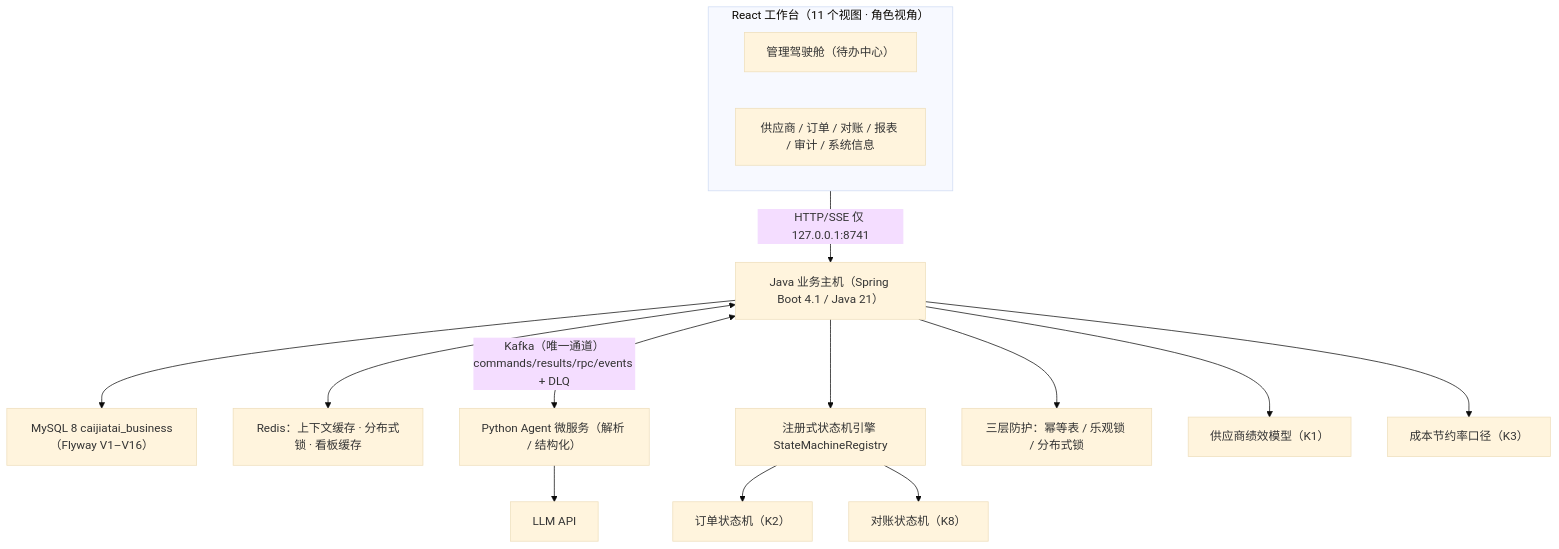
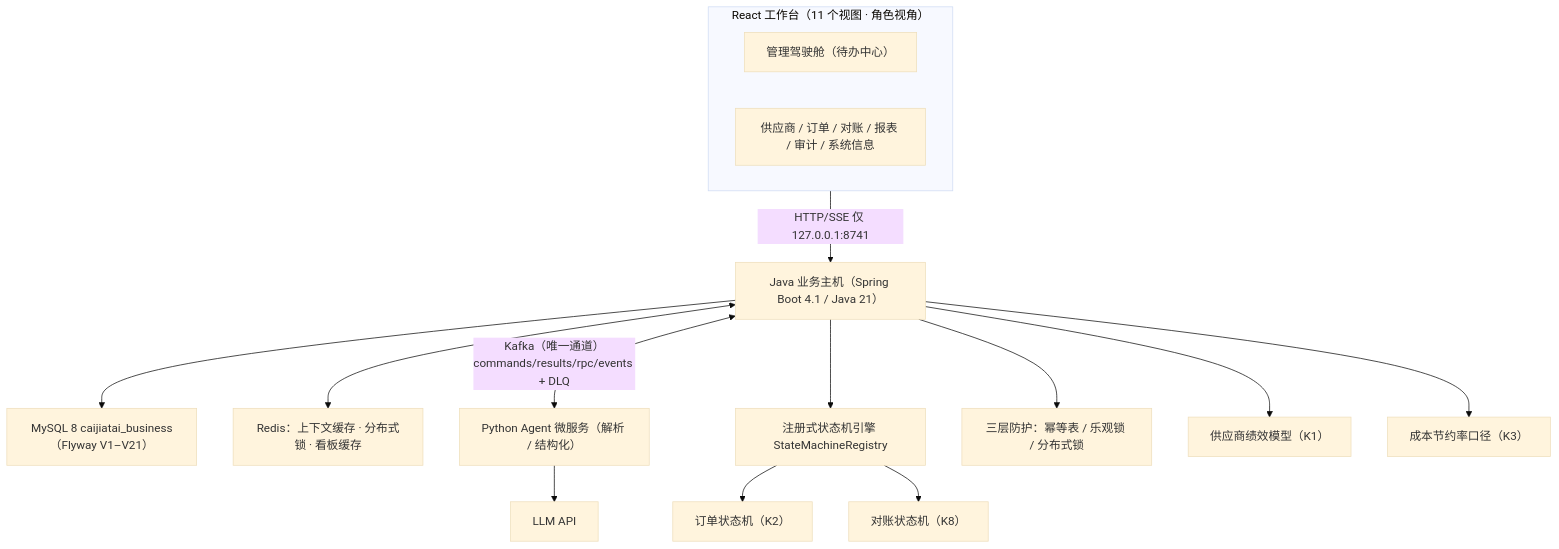
The first of 2 diagrams in README.md (zxl666ab-sketch/agentharness), drawn with Mermaid (base theme) before and after one commit. The commit also changed other lines of this file and 1 other file, not shown here.

Commit message:
docs(readme): 封面换管理员协同看板实拍；Flyway 版本口径同步至 V21；key 预览措辞对齐 0.5.0

````diff
--- a/README.md
+++ b/README.md
@@ -27,19 +27,19 @@
 ```mermaid
 flowchart TB
     subgraph Web["React 工作台（11 个视图 · 角色视角）"]
         Dashboard["管理驾驶舱（待办中心）"]
         Pages["供应商 / 订单 / 对账 / 报表 / 审计 / 系统信息"]
     end
     Web -->|"HTTP/SSE 仅 127.0.0.1:8741"| Java["Java 业务主机（Spring Boot 4.1 / Java 21）"]
-    Java --> MySQL["MySQL 8 caijiatai_business（Flyway V1–V16）"]
+    Java --> MySQL["MySQL 8 caijiatai_business（Flyway V1–V21）"]
     Java <--> Redis["Redis：上下文缓存 · 分布式锁 · 看板缓存"]
     Java <-->|"Kafka（唯一通道）commands/results/rpc/events + DLQ"| Agent["Python Agent 微服务（解析 / 结构化）"]
     Agent --> Provider["LLM API"]
 
     Java --> SM["注册式状态机引擎 StateMachineRegistry"]
     SM --> OrderSM["订单状态机（K2）"]
     SM --> SettleSM["对账状态机（K8）"]
     Java --> Guard["三层防护：幂等表 / 乐观锁 / 分布式锁"]
     Java --> Perf["供应商绩效模型（K1）"]
     Java --> Insights["成本节约率口径（K3）"]
 ```
````
